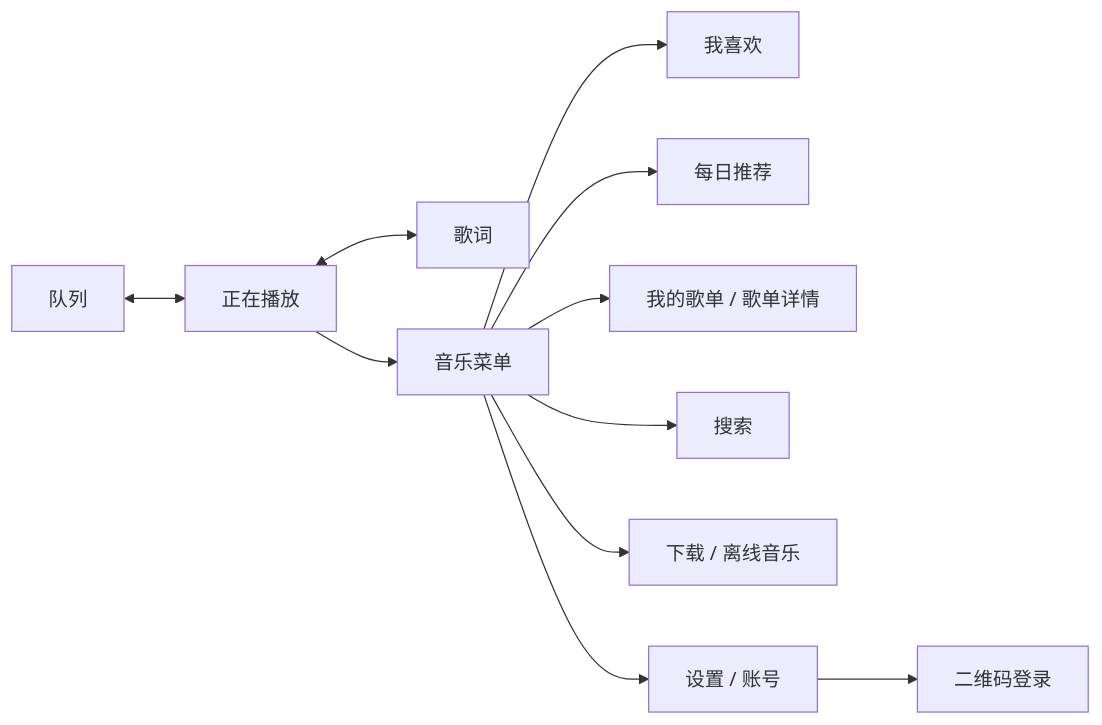
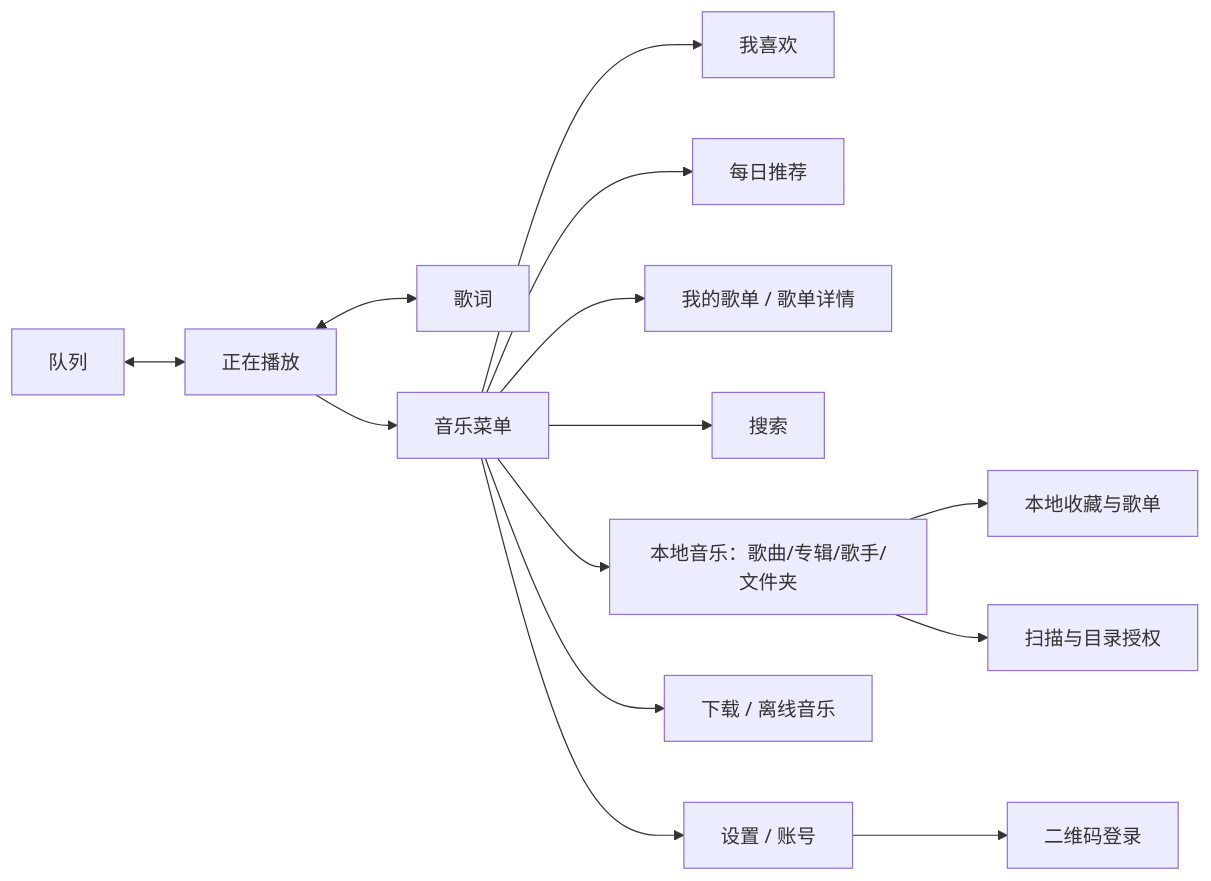
The diagram in docs/04-圆屏交互与适配.md (OnlineMo/MeloX-Watch), drawn with Mermaid before and after one commit. The commit also changed other lines of this file and 21 other files, not shown here.

````diff
--- a/docs/04-圆屏交互与适配.md
+++ b/docs/04-圆屏交互与适配.md
@@ -9,13 +11,16 @@
 ```mermaid
 flowchart LR
     Q[队列] <--> P[正在播放]
     P <--> L[歌词]
     P --> M[音乐菜单]
     M --> F[我喜欢]
     M --> D[每日推荐]
     M --> PL[我的歌单 / 歌单详情]
     M --> S[搜索]
+    M --> LOCAL[本地音乐：歌曲/专辑/歌手/文件夹]
+    LOCAL --> LP[本地收藏与歌单]
+    LOCAL --> SCAN[扫描与目录授权]
     M --> OF[下载 / 离线音乐]
     M --> SET[设置 / 账号]
     SET --> LOGIN[二维码登录]
 ```
````
